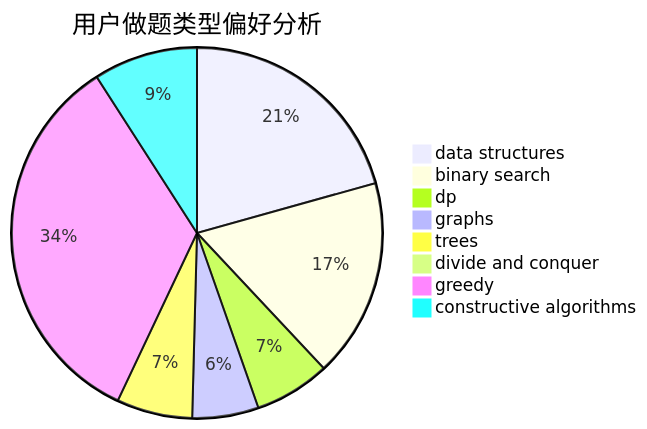
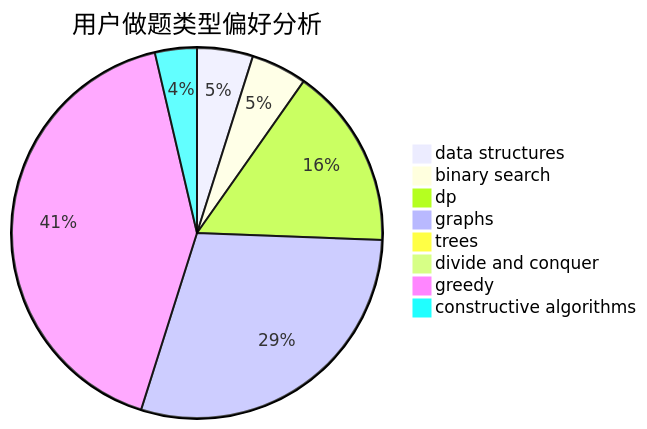
The second of 3 diagrams in docs/user/u1557.md (sherpahu/cfrs.github.io), drawn with Mermaid before and after one commit. The commit also changed other lines of this file and 2770 other files, not shown here.

````diff
--- a/docs/user/u1557.md
+++ b/docs/user/u1557.md
@@ -23,11 +23,11 @@
 ```mermaid
 pie title 用户做题类型偏好分析
-    "data structures" :  25
-    "binary search" :  21
-    "dp" :  8
-    "graphs" :  7
-    "trees" :  8
+    "data structures" :  4
+    "binary search" :  4
+    "dp" :  13
+    "graphs" :  24
+    "trees" :  0
     "divide and conquer" :  0
-    "greedy" :  41
-    "constructive algorithms" :  11
+    "greedy" :  34
+    "constructive algorithms" :  3
 ```
````
